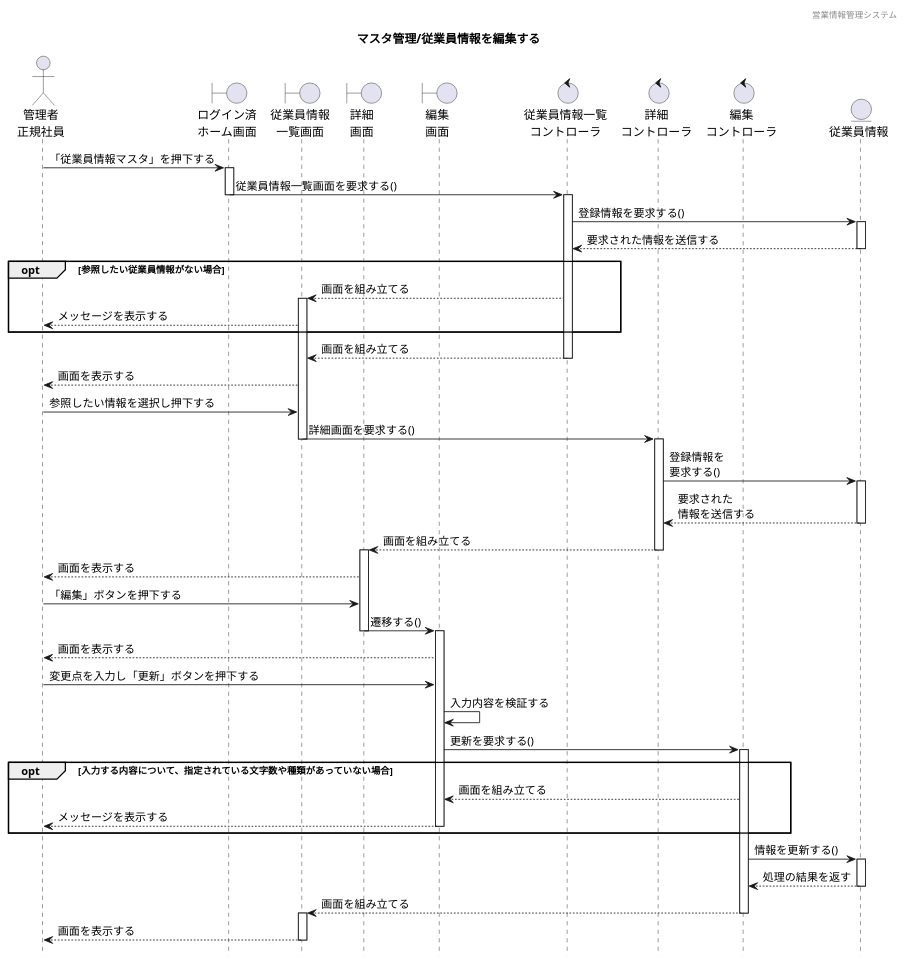
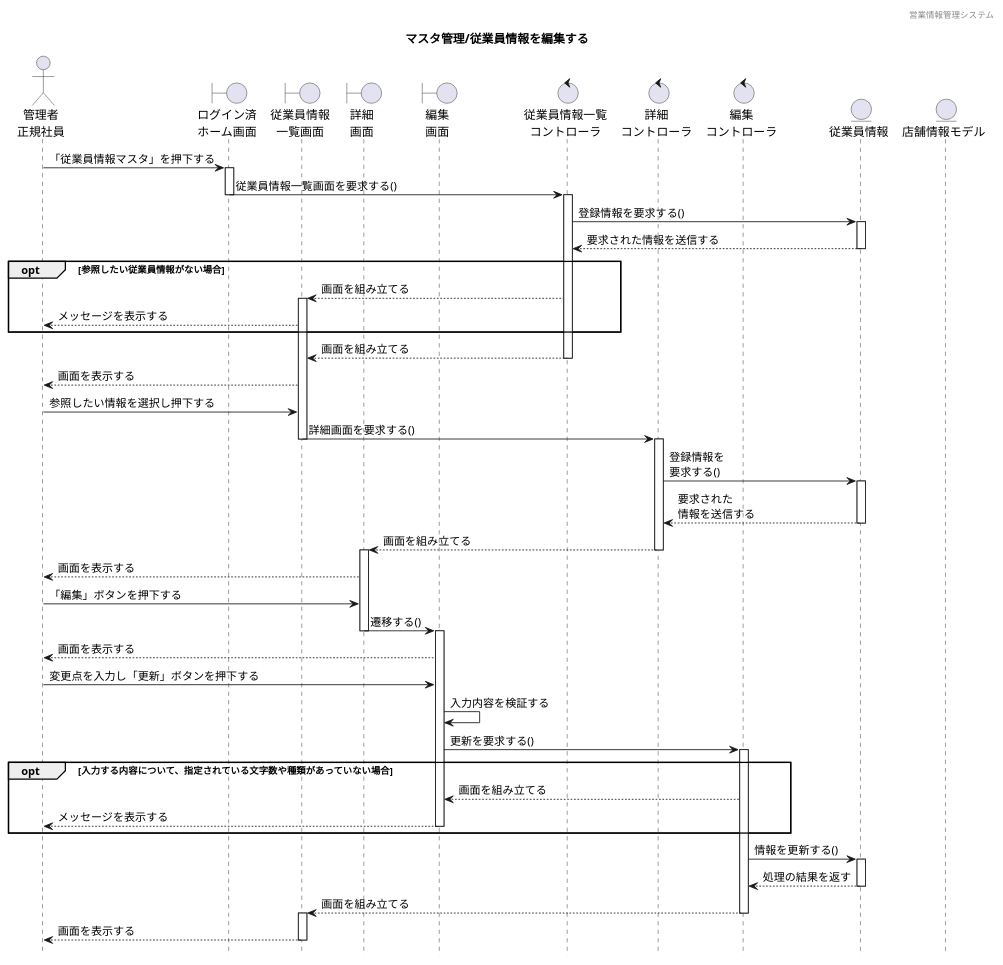
One commit to HaruShim/Sotuken changed the diagram in 各種設計書/4シーケンス図/マスタ管理/F01従業員マスタ/従業員情報管理_編集.plantuml. Above: the diagram before and after it, drawn with PlantUML. The commit also changed 18 other files, not shown here.

```diff
--- a/各種設計書/4シーケンス図/マスタ管理/F01従業員マスタ/従業員情報管理_編集.plantuml
+++ b/各種設計書/4シーケンス図/マスタ管理/F01従業員マスタ/従業員情報管理_編集.plantuml
@@ -1,105 +1,105 @@
 @startuml ../../images/従業員情報マスタ/従業員情報管理_編集
 
 ' 下アイコン除去
 hide footbox
 ' ヘッダー
 header 営業情報管理システム
 ' タイトル
 title マスタ管理/従業員情報を編集する
 
 
 ' actor "" as 
 actor "管理者\n正規社員" as a1
 
 ' boundary "" as 
 boundary "ログイン済\nホーム画面" as b1
 boundary "従業員情報\n一覧画面" as b2
 boundary "詳細\n画面" as b3
 boundary "編集\n画面" as b4
 
 ' control "" as 
 control "従業員情報一覧\nコントローラ" as c1
 control "詳細\nコントローラ" as c2
 control "編集\nコントローラ" as c3
 
 ' entity "" as
 entity "従業員情報" as e1
-
+entity "店舗情報モデル" as e2
 
 ' ログイン済みホーム画面から一覧表示までのシーケンス
 a1 -> b1 : 「従業員情報マスタ」を押下する
 activate b1
 b1 -> c1 : 従業員情報一覧画面を要求する()
 deactivate b1
 activate c1
 c1 -> e1 : 登録情報を要求する()
 activate e1
 c1 <-- e1 : 要求された情報を送信する
 deactivate e1
 
 ' 代替フロー
 opt 参照したい従業員情報がない場合
 b2 <-- c1 : 画面を組み立てる
 activate b2
 a1 <-- b2 : メッセージを表示する
 end
 
 b2 <-- c1 : 画面を組み立てる
 deactivate c1
 
 
 
 
 
 a1 <-- b2 : 画面を表示する
 a1 -> b2 : 参照したい情報を選択し押下する
 b2 -> c2 : 詳細画面を要求する()
 deactivate b2
 activate c2
 
 
 c2 -> e1 : 登録情報を\n要求する()
 activate e1
 c2 <-- e1 : 要求された\n情報を送信する
 deactivate e1
 b3 <-- c2 : 画面を組み立てる
 deactivate c2
 activate b3
 a1 <-- b3 : 画面を表示する
 
 
 a1 -> b3 : 「編集」ボタンを押下する
 b3 -> b4 : 遷移する()
 deactivate b3
 activate b4
 a1 <-- b4 : 画面を表示する
 a1 -> b4 : 変更点を入力し「更新」ボタンを押下する
 b4 -> b4 : 入力内容を検証する
 b4 -> c3 : 更新を要求する()
 activate c3
 
 ' 代替フロー
 
 
 opt 入力する内容について、指定されている文字数や種類があっていない場合
 b4 <-- c3 : 画面を組み立てる
 deactivate c1
 a1 <-- b4 : メッセージを表示する
 deactivate b4
 end
 
 
 deactivate b4
 activate c3
 c3 -> e1 : 情報を更新する()
 activate e1
 c3 <-- e1 : 処理の結果を返す
 deactivate e1
 b2 <-- c3 : 画面を組み立てる
 deactivate c3
 activate b2
 a1 <-- b2 : 画面を表示する
 deactivate b2
 
 
 @enduml
```
